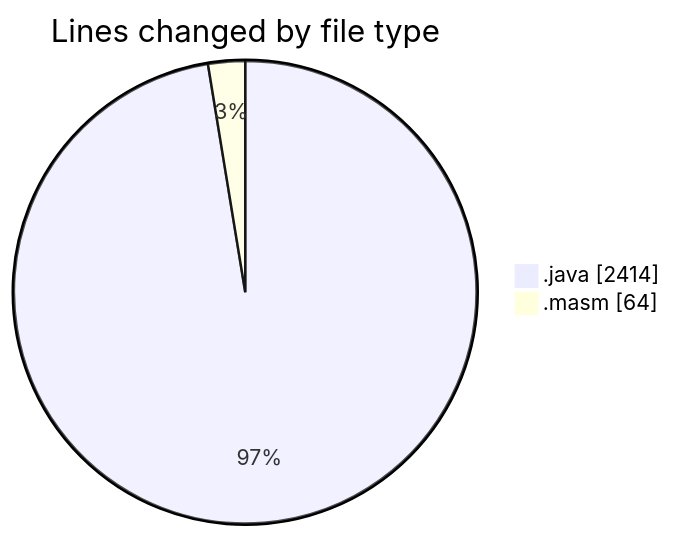
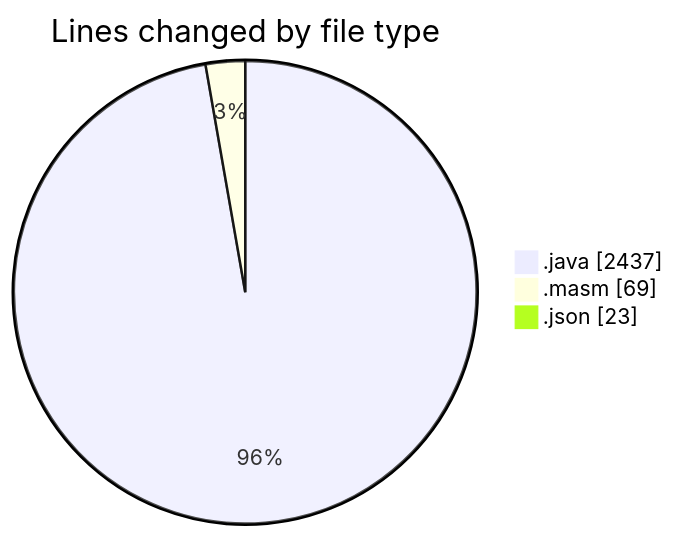
One commit to charlie-sans/code-tracking changed the first of 2 diagrams in 2025-02-19/masm/README.md. Above: the diagram before and after it, drawn with Mermaid. The commit also changed other lines of this file and 1 other file, not shown here.

````diff
--- a/2025-02-19/masm/README.md
+++ b/2025-02-19/masm/README.md
@@ -26,6 +27,7 @@
 ```mermaid
 pie showData
 title Lines changed by file type
-".java" : 2414
-".masm" : 64
+".java" : 2437
+".masm" : 69
+".json" : 23
 ```
````
